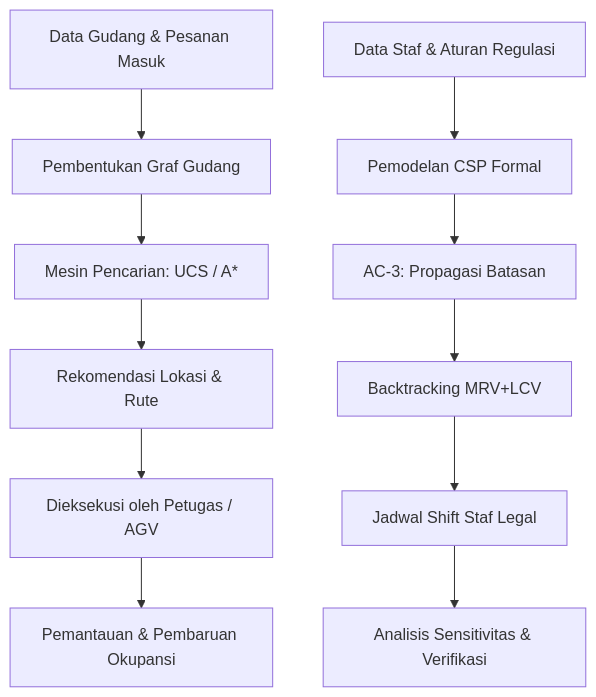
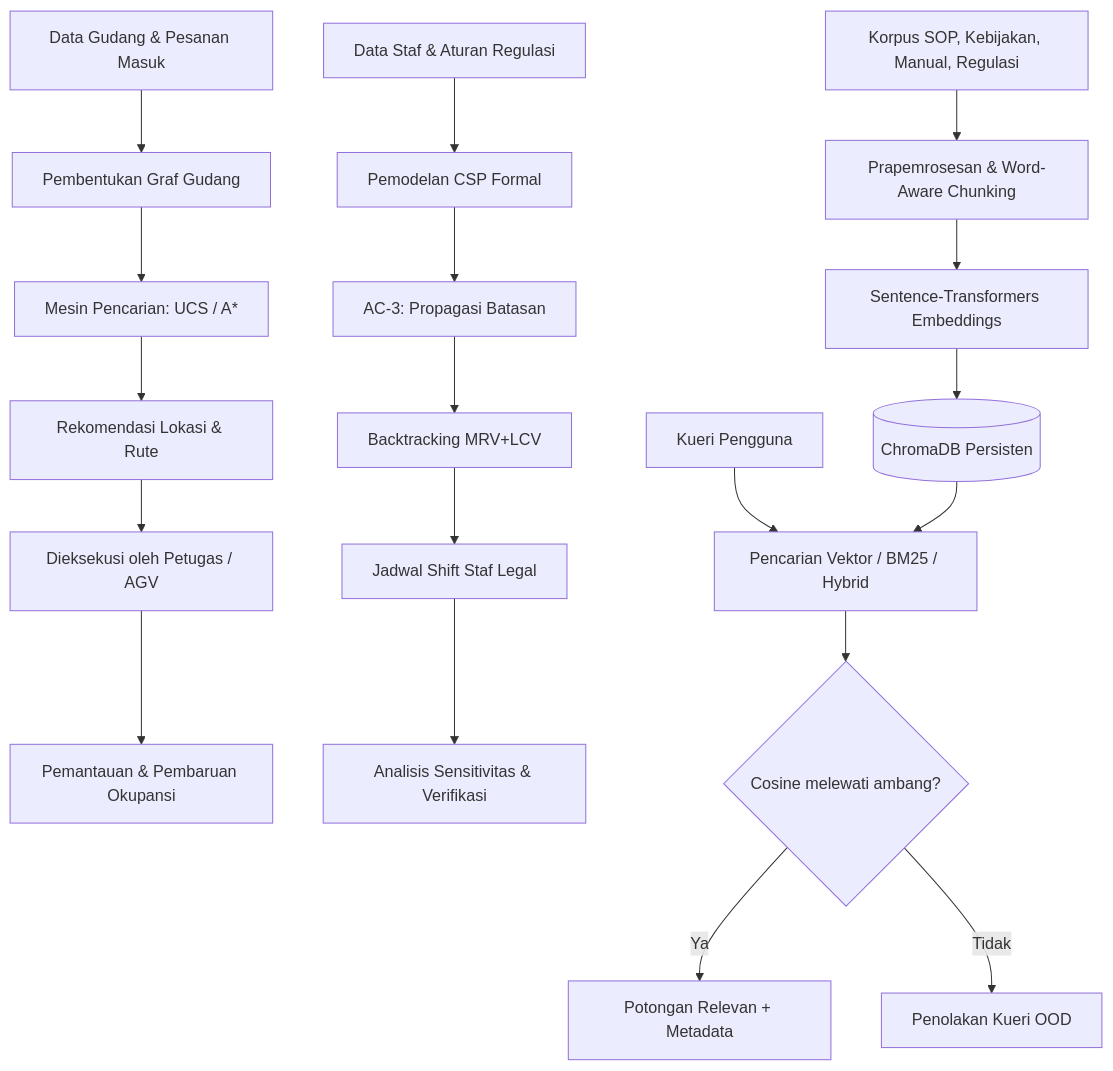
The first of 2 diagrams in README.md (NicolasButarbutar/Smart-Warehouse-Agent), drawn with Mermaid before and after one commit. The commit also changed other lines of this file and 16 other files, not shown here.

````diff
--- a/README.md
+++ b/README.md
@@ -125,14 +140,23 @@
 ```mermaid
 flowchart TD
     A[Data Gudang & Pesanan Masuk] --> B[Pembentukan Graf Gudang]
     B --> C[Mesin Pencarian: UCS / A*]
     C --> D[Rekomendasi Lokasi & Rute]
     D --> E[Dieksekusi oleh Petugas / AGV]
     E --> F[Pemantauan & Pembaruan Okupansi]
 
     G[Data Staf & Aturan Regulasi] --> H[Pemodelan CSP Formal]
     H --> I[AC-3: Propagasi Batasan]
     I --> J[Backtracking MRV+LCV]
     J --> K[Jadwal Shift Staf Legal]
     K --> L[Analisis Sensitivitas & Verifikasi]
+
+    M[Korpus SOP, Kebijakan, Manual, Regulasi] --> N[Prapemrosesan & Word-Aware Chunking]
+    N --> O[Sentence-Transformers Embeddings]
+    O --> P[(ChromaDB Persisten)]
+    Q[Kueri Pengguna] --> R[Pencarian Vektor / BM25 / Hybrid]
+    P --> R
+    R --> S{Cosine melewati ambang?}
+    S -->|Ya| T[Potongan Relevan + Metadata]
+    S -->|Tidak| V[Penolakan Kueri OOD]
 ```
````
